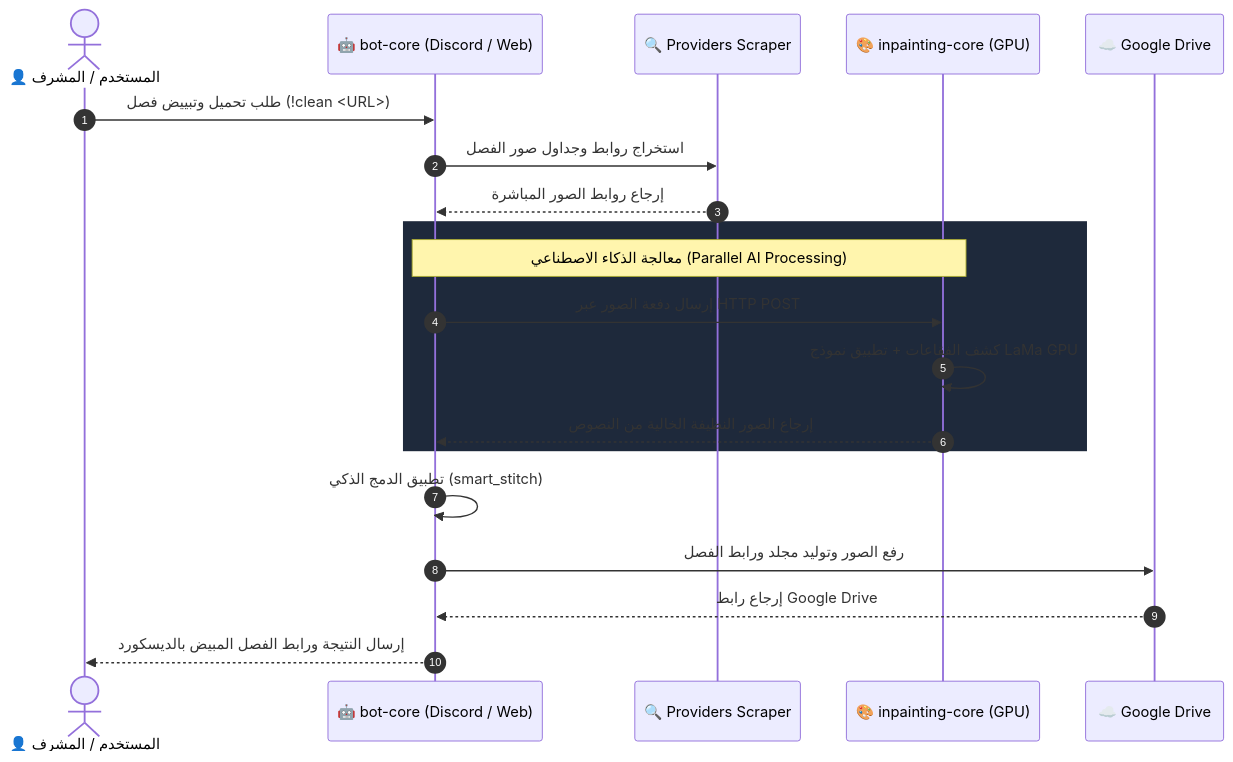
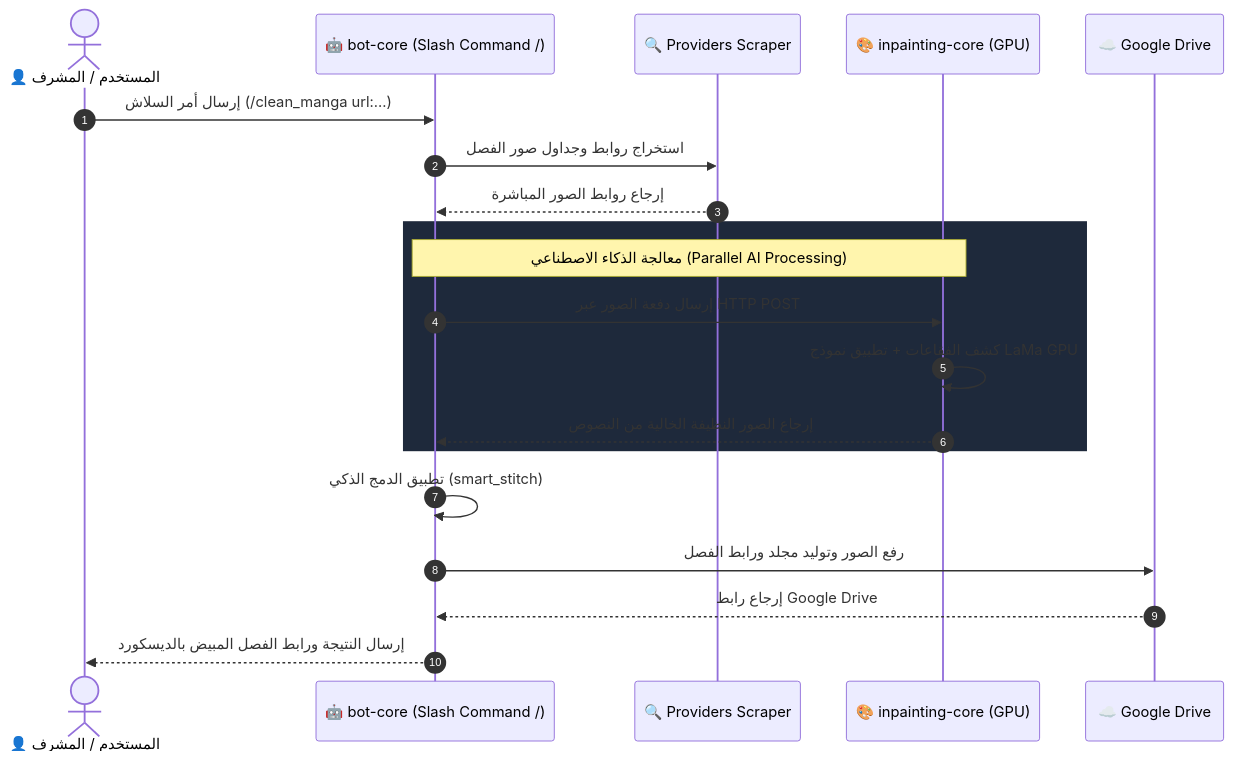
Before and after one commit to more249-s/dis-inpainting: the diagram in README.md, drawn with Mermaid. The commit also changed other lines of this file and 1 other file, not shown here.

Commit message:
Docs: Update documentation with native Slash Commands reference

````diff
--- a/README.md
+++ b/README.md
@@ -80,25 +101,25 @@
 ```mermaid
 sequenceDiagram
     autonumber
     actor User as 👤 المستخدم / المشرف
-    participant Bot as 🤖 bot-core (Discord / Web)
+    participant Bot as 🤖 bot-core (Slash Command /)
     participant Scraper as 🔍 Providers Scraper
     participant Inpaint as 🎨 inpainting-core (GPU)
     participant Drive as ☁️ Google Drive
 
-    User->>Bot: طلب تحميل وتبييض فصل (!clean <URL>)
+    User->>Bot: إرسال أمر السلاش (/clean_manga url:...)
     Bot->>Scraper: استخراج روابط وجداول صور الفصل
     Scraper-->>Bot: إرجاع روابط الصور المباشرة
     
     rect rgb(30, 41, 59)
         note over Bot,Inpaint: معالجة الذكاء الاصطناعي (Parallel AI Processing)
         Bot->>Inpaint: إرسال دفعة الصور عبر HTTP POST
         Inpaint->>Inpaint: كشف الفقاعات + تطبيق نموذج LaMa GPU
         Inpaint-->>Bot: إرجاع الصور النظيفة الخالية من النصوص
     end
 
     Bot->>Bot: تطبيق الدمج الذكي (smart_stitch)
     Bot->>Drive: رفع الصور وتوليد مجلد ورابط الفصل
     Drive-->>Bot: إرجاع رابط Google Drive
     Bot-->>User: إرسال النتيجة ورابط الفصل المبيض بالديسكورد
 ```
````
